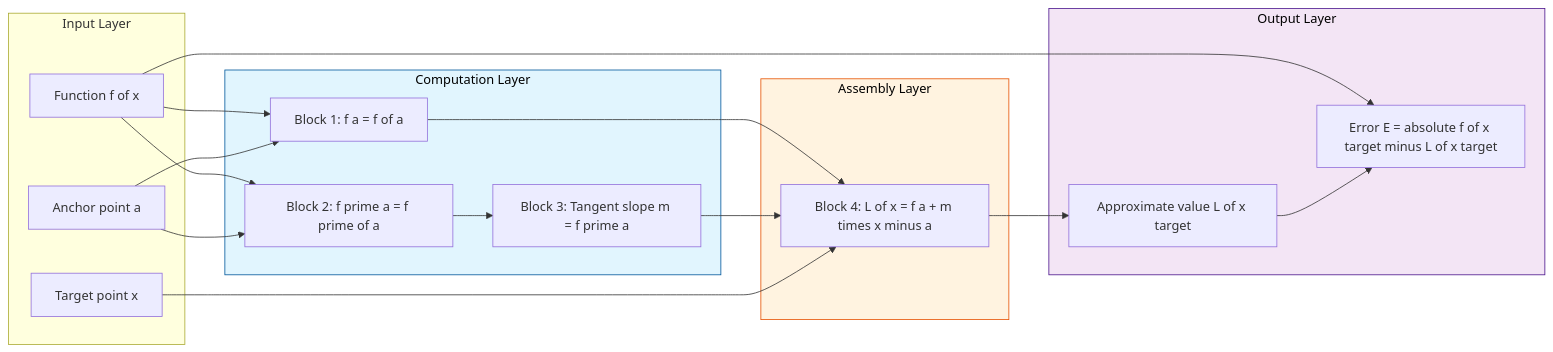
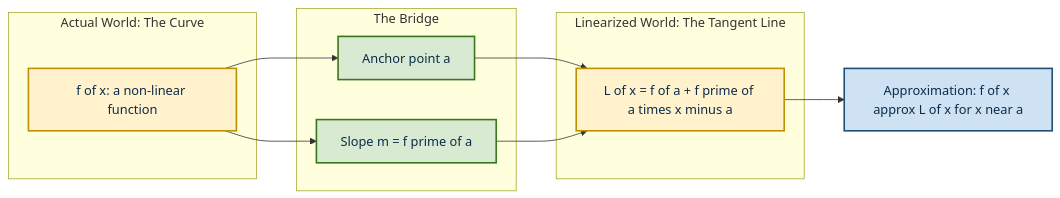
The second of 3 diagrams in public/notes/computer-science-and-engineering/semester-1/gamat101-mathematics-for-information-science-1/01-module-1-limits-of-function-values/linearization/notes.md (vishnuu-kr/ktunode), drawn with Mermaid before and after one commit. The commit also changed other lines of this file and 4829 other files, not shown here.

````diff
--- a/public/notes/computer-science-and-engineering/semester-1/gamat101-mathematics-for-information-science-1/01-module-1-limits-of-function-values/linearization/notes.md
+++ b/public/notes/computer-science-and-engineering/semester-1/gamat101-mathematics-for-information-science-1/01-module-1-limits-of-function-values/linearization/notes.md
@@ -366,38 +376,30 @@
 ```mermaid
 flowchart LR
-    subgraph InputLayer["Input Layer"]
-        IN1["Function f of x"]
-        IN2["Anchor point a"]
-        IN3["Target point x"]
+    subgraph Real["Actual World: The Curve"]
+        fNode["f of x: a non-linear function"]
     end
 
-    subgraph ComputeLayer["Computation Layer"]
-        C1["Block 1: f a = f of a"]
-        C2["Block 2: f prime a = f prime of a"]
-        C3["Block 3: Tangent slope m = f prime a"]
+    subgraph LinearWorld["Linearized World: The Tangent Line"]
+        lNode["L of x = f of a + f prime of a times x minus a"]
     end
 
-    subgraph AssemblyLayer["Assembly Layer"]
-        A1["Block 4: L of x = f a + m times x minus a"]
+    subgraph Mapping["The Bridge"]
+        anchor["Anchor point a"]
+        slope["Slope m = f prime of a"]
     end
 
-    subgraph OutputLayer["Output Layer"]
-        O1["Approximate value L of x target"]
-        O2["Error E = absolute f of x target minus L of x target"]
-    end
+    fNode --> anchor
+    fNode --> slope
+    anchor --> lNode
+    slope --> lNode
 
-    IN1 --> C1
-    IN1 --> C2
-    IN2 --> C1
-    IN2 --> C2
-    C1 --> A1
-    C2 --> C3
-    C3 --> A1
-    IN3 --> A1
-    A1 --> O1
-    IN1 --> O2
-    O1 --> O2
-    style ComputeLayer fill:#e1f5fe,stroke:#01579b,color:#000
-    style AssemblyLayer fill:#fff3e0,stroke:#e65100,color:#000
-    style OutputLayer fill:#f3e5f5,stroke:#4a148c,color:#000
+    lNode --> approx["Approximation: f of x approx L of x for x near a"]
+
+    classDef worldBox fill:#fff2cc,stroke:#bf9000,stroke-width:2px,color:#0b2c4a
+    classDef bridgeBox fill:#d9ead3,stroke:#38761d,stroke-width:2px,color:#0b2c4a
+    classDef resultBox fill:#cfe2f3,stroke:#1f4e79,stroke-width:2px,color:#0b2c4a
+
+    class fNode,lNode worldBox
+    class anchor,slope bridgeBox
+    class approx resultBox
 ```
````
